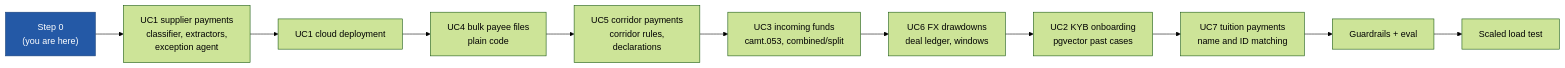
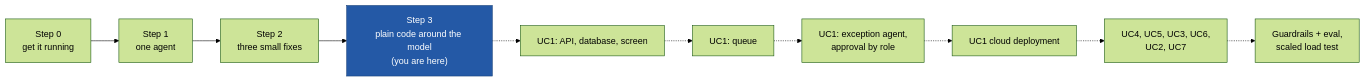
One commit to tirumani-ai/clear_rail_fde changed the diagram in README.md. Above: the diagram before and after it, drawn with Mermaid (forest theme). The commit also changed other lines of this file, not shown here.

````diff
--- a/README.md
+++ b/README.md
@@ -36,14 +25,13 @@
 ```mermaid
 graph LR
-    S0["Step 0<br/>(you are here)"] --> S1[UC1 supplier payments<br/>classifier, extractors,<br/>exception agent]
-    S1 --> S2[UC1 cloud deployment]
-    S2 --> S3[UC4 bulk payee files<br/>plain code]
-    S3 --> S4[UC5 corridor payments<br/>corridor rules,<br/>declarations]
-    S4 --> S5[UC3 incoming funds<br/>camt.053, combined/split]
-    S5 --> S6[UC6 FX drawdowns<br/>deal ledger, windows]
-    S6 --> S7[UC2 KYB onboarding<br/>pgvector past cases]
-    S7 --> S8[UC7 tuition payments<br/>name and ID matching]
-    S8 --> S9[Guardrails + eval]
-    S9 --> S10[Scaled load test]
-    style S0 fill:#2459A6,stroke:#173F78,color:#fff
+    S0[Step 0<br/>get it running] --> S1[Step 1<br/>one agent]
+    S1 --> S2[Step 2<br/>three small fixes]
+    S2 --> S3["Step 3<br/>plain code around the model<br/>(you are here)"]
+    S3 -.-> S4[UC1: API, database, screen]
+    S4 -.-> S5[UC1: queue]
+    S5 -.-> S6[UC1: exception agent,<br/>approval by role]
+    S6 -.-> S7[UC1 cloud deployment]
+    S7 -.-> S8[UC4, UC5, UC3, UC6,<br/>UC2, UC7]
+    S8 -.-> S9[Guardrails + eval,<br/>scaled load test]
+    style S3 fill:#2459A6,stroke:#173F78,color:#fff
 ```
````
